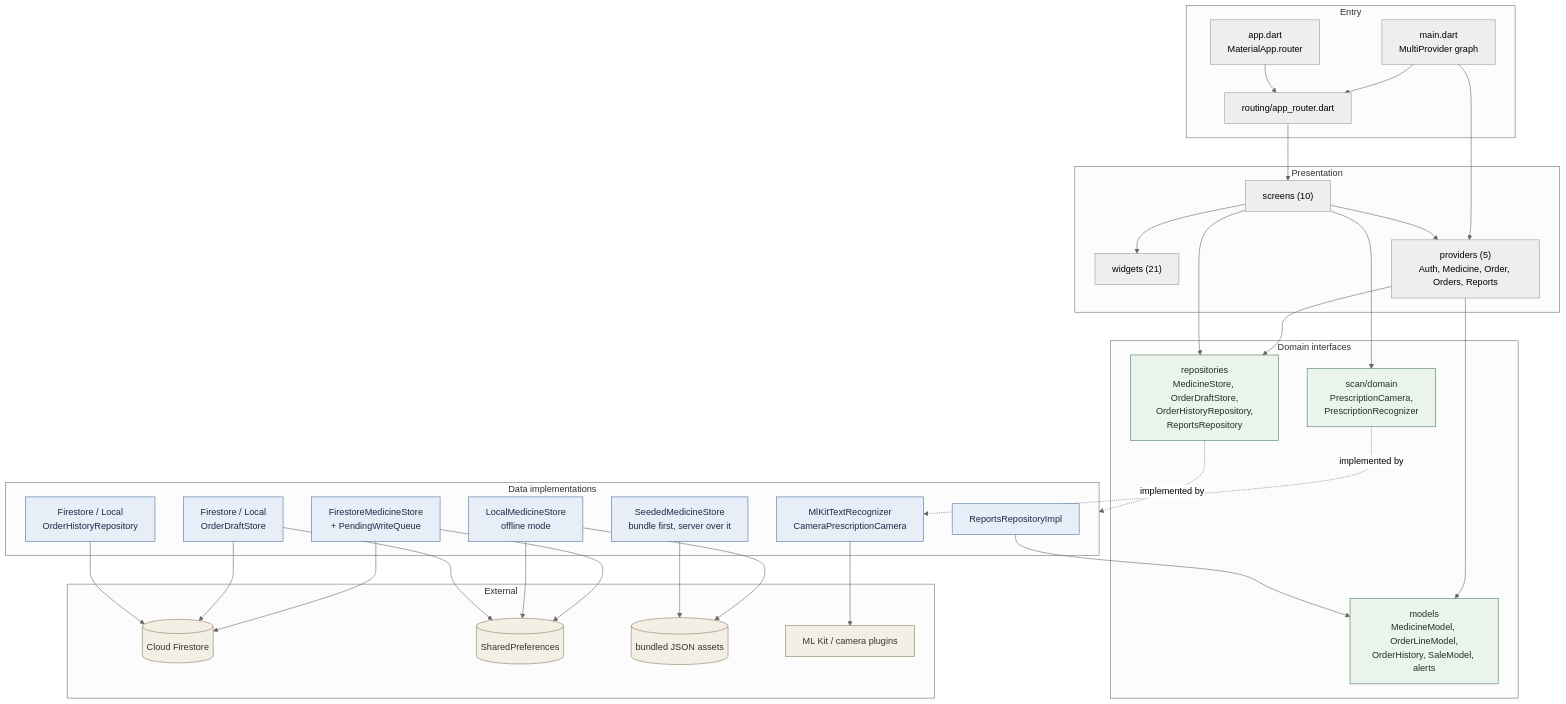
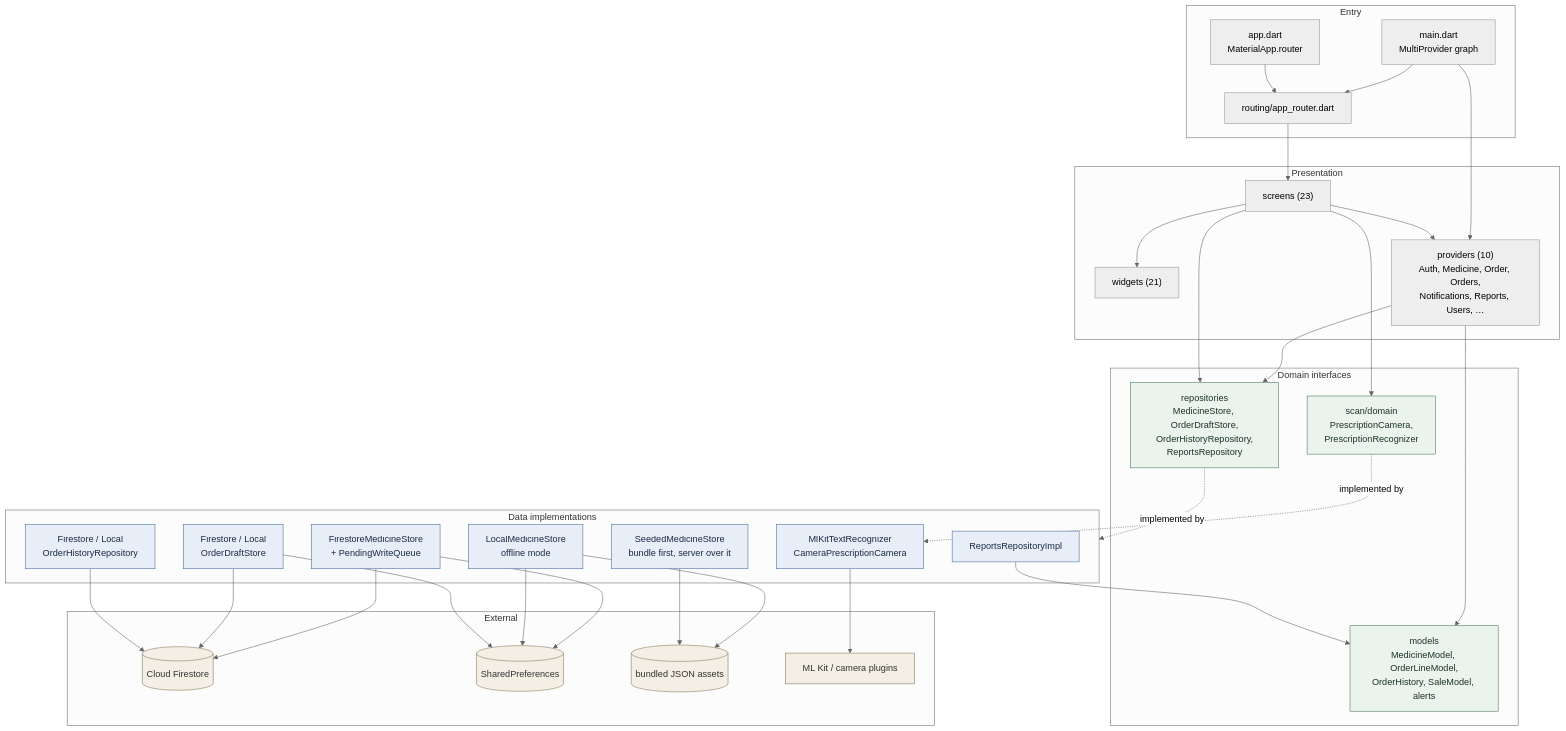
One commit to adriantoque/pharma-app changed the first of 5 diagrams in docs/architecture.md. Above: the diagram before and after it, drawn with Mermaid (neutral theme). The commit also changed other lines of this file and 25 other files, not shown here.

````diff
--- a/docs/architecture.md
+++ b/docs/architecture.md
@@ -101,67 +106,67 @@
 ```mermaid
 graph TD
   subgraph entry["Entry"]
     main["main.dart<br/>MultiProvider graph"]
     app["app.dart<br/>MaterialApp.router"]
     router["routing/app_router.dart"]
   end
 
   subgraph presentation["Presentation"]
-    screens["screens (10)"]
+    screens["screens (23)"]
     widgets["widgets (21)"]
-    providers["providers (5)<br/>Auth, Medicine, Order, Orders, Reports"]
+    providers["providers (10)<br/>Auth, Medicine, Order, Orders,<br/>Notifications, Reports, Users, …"]
   end
 
   subgraph domain["Domain interfaces"]
     repos["repositories<br/>MedicineStore, OrderDraftStore,<br/>OrderHistoryRepository,<br/>ReportsRepository"]
     models["models<br/>MedicineModel, OrderLineModel,<br/>OrderHistory, SaleModel, alerts"]
     domain_scan["scan/domain<br/>PrescriptionCamera,<br/>PrescriptionRecognizer"]
   end
 
   subgraph data["Data implementations"]
     firestore_store["FirestoreMedicineStore<br/>+ PendingWriteQueue"]
     seeded["SeededMedicineStore<br/>bundle first, server over it"]
     local["LocalMedicineStore<br/>offline mode"]
     draft["Firestore / Local<br/>OrderDraftStore"]
     history["Firestore / Local<br/>OrderHistoryRepository"]
     reports_impl["ReportsRepositoryImpl"]
     scan_impl["MlKitTextRecognizer<br/>CameraPrescriptionCamera"]
   end
 
   subgraph ext["External"]
     fs[("Cloud Firestore")]
     prefs[("SharedPreferences")]
     bundle[("bundled JSON assets")]
     ocr["ML Kit / camera plugins"]
   end
 
   main --> providers
   main --> router
   app --> router
   router --> screens
   screens --> widgets
   screens --> providers
   providers --> repos
   providers --> models
   screens --> domain_scan
   screens --> repos
   repos -.implemented by.-> data
   firestore_store --> fs
   firestore_store --> prefs
   local --> prefs
   local --> bundle
   seeded --> bundle
   draft --> fs
   draft --> prefs
   history --> fs
   reports_impl --> models
   scan_impl --> ocr
   domain_scan -.implemented by.-> scan_impl
 
   classDef extStyle fill:#f3efe4,stroke:#8a7a5c,color:#333
   classDef dataStyle fill:#e8eef7,stroke:#4a6fa5,color:#1a2b45
   classDef domainStyle fill:#eaf3ec,stroke:#4d7c5f,color:#1d3325
   class fs,prefs,bundle,ocr extStyle
   class firestore_store,seeded,local,draft,history,reports_impl,scan_impl dataStyle
   class repos,models,domain_scan domainStyle
 ```
````
